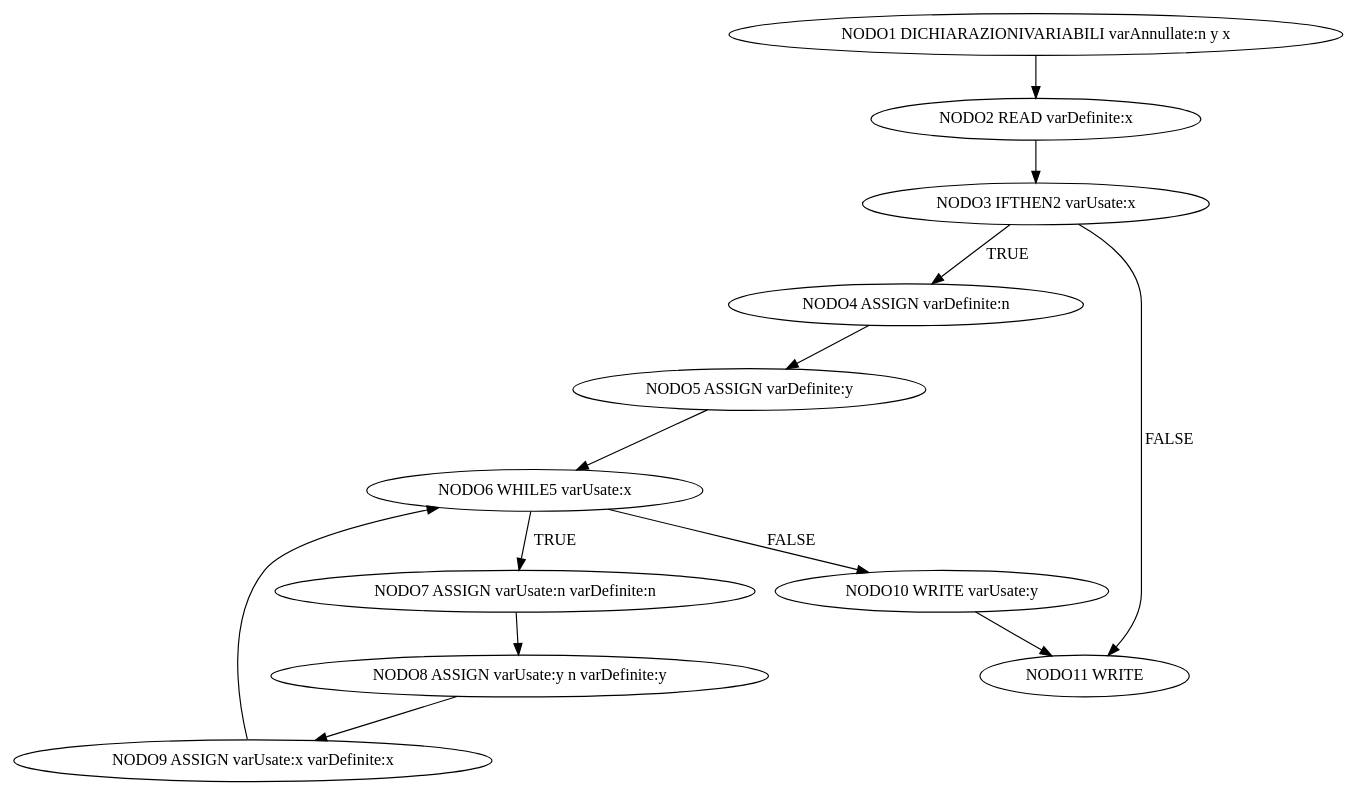
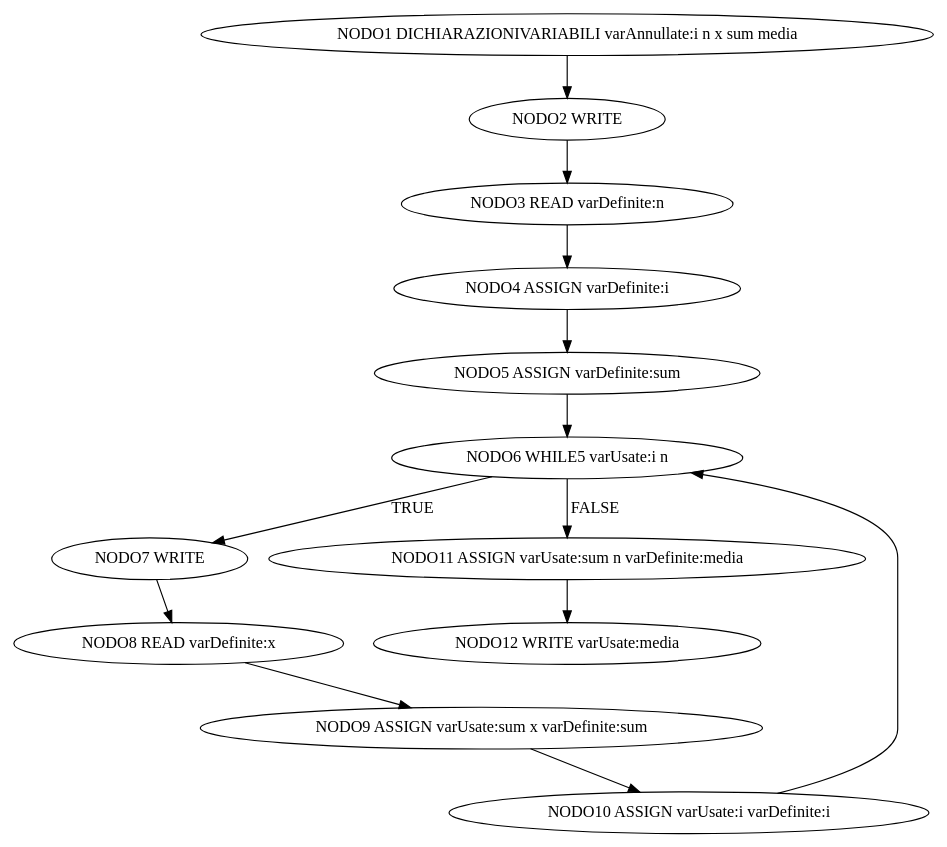
One commit to Mazzotta-Fabio/Compilatore-YASPL changed the diagram in grafo.dot. Above: the diagram before and after it, drawn with Graphviz. The commit also changed 9 other files, not shown here.

```diff
--- a/grafo.dot
+++ b/grafo.dot
@@ -1,39 +1,39 @@
 diGraph G {
-NODO1 [label="NODO1 DICHIARAZIONIVARIABILI varAnnullate:n y x "]
-NODO2 [label="NODO2 READ varDefinite:x "]
+NODO1 [label="NODO1 DICHIARAZIONIVARIABILI varAnnullate:i n x sum media "]
+NODO2 [label="NODO2 WRITE "]
 NODO1 -> NODO2
-NODO2 [label="NODO2 READ varDefinite:x "]
-NODO3 [label="NODO3 IFTHEN2 varUsate:x "]
+NODO2 [label="NODO2 WRITE "]
+NODO3 [label="NODO3 READ varDefinite:n "]
 NODO2 -> NODO3
-NODO3 [label="NODO3 IFTHEN2 varUsate:x "]
-NODO4 [label="NODO4 ASSIGN varDefinite:n "]
-NODO3 -> NODO4 [label="TRUE      "]; 
-NODO4 [label="NODO4 ASSIGN varDefinite:n "]
-NODO5 [label="NODO5 ASSIGN varDefinite:y "]
+NODO3 [label="NODO3 READ varDefinite:n "]
+NODO4 [label="NODO4 ASSIGN varDefinite:i "]
+NODO3 -> NODO4
+NODO4 [label="NODO4 ASSIGN varDefinite:i "]
+NODO5 [label="NODO5 ASSIGN varDefinite:sum "]
 NODO4 -> NODO5
-NODO5 [label="NODO5 ASSIGN varDefinite:y "]
-NODO6 [label="NODO6 WHILE5 varUsate:x "]
+NODO5 [label="NODO5 ASSIGN varDefinite:sum "]
+NODO6 [label="NODO6 WHILE5 varUsate:i n "]
 NODO5 -> NODO6
-NODO6 [label="NODO6 WHILE5 varUsate:x "]
-NODO7 [label="NODO7 ASSIGN varUsate:n varDefinite:n "]
+NODO6 [label="NODO6 WHILE5 varUsate:i n "]
+NODO7 [label="NODO7 WRITE "]
 NODO6 -> NODO7 [label="TRUE      "]; 
-NODO7 [label="NODO7 ASSIGN varUsate:n varDefinite:n "]
-NODO8 [label="NODO8 ASSIGN varUsate:y n varDefinite:y "]
+NODO7 [label="NODO7 WRITE "]
+NODO8 [label="NODO8 READ varDefinite:x "]
 NODO7 -> NODO8
-NODO8 [label="NODO8 ASSIGN varUsate:y n varDefinite:y "]
-NODO9 [label="NODO9 ASSIGN varUsate:x varDefinite:x "]
+NODO8 [label="NODO8 READ varDefinite:x "]
+NODO9 [label="NODO9 ASSIGN varUsate:sum x varDefinite:sum "]
 NODO8 -> NODO9
-NODO9 [label="NODO9 ASSIGN varUsate:x varDefinite:x "]
-NODO6 [label="NODO6 WHILE5 varUsate:x "]
-NODO9 -> NODO6
-NODO6 [label="NODO6 WHILE5 varUsate:x "]
-NODO10 [label="NODO10 WRITE varUsate:y "]
-NODO6 -> NODO10 [label="FALSE"]; 
-NODO3 [label="NODO3 IFTHEN2 varUsate:x "]
-NODO11 [label="NODO11 WRITE "]
-NODO3 -> NODO11 [label="FALSE"]; 
-NODO10 [label="NODO10 WRITE varUsate:y "]
-NODO11 [label="NODO11 WRITE "]
-NODO10 -> NODO11
+NODO9 [label="NODO9 ASSIGN varUsate:sum x varDefinite:sum "]
+NODO10 [label="NODO10 ASSIGN varUsate:i varDefinite:i "]
+NODO9 -> NODO10
+NODO10 [label="NODO10 ASSIGN varUsate:i varDefinite:i "]
+NODO6 [label="NODO6 WHILE5 varUsate:i n "]
+NODO10 -> NODO6
+NODO6 [label="NODO6 WHILE5 varUsate:i n "]
+NODO11 [label="NODO11 ASSIGN varUsate:sum n varDefinite:media "]
+NODO6 -> NODO11 [label="FALSE"]; 
+NODO11 [label="NODO11 ASSIGN varUsate:sum n varDefinite:media "]
+NODO12 [label="NODO12 WRITE varUsate:media "]
+NODO11 -> NODO12
 
 }
```
